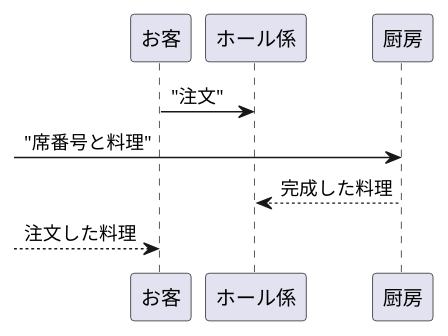
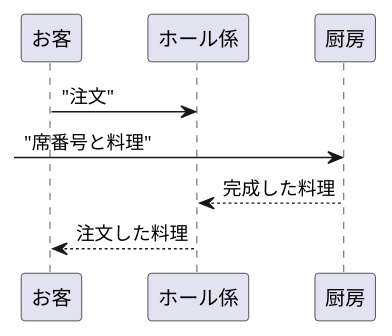
Before and after one commit to Aso2001364/2021sys-design: the diagram in iiiiii.md, drawn with PlantUML.

````diff
--- a/iiiiii.md
+++ b/iiiiii.md
@@ -1,8 +1,8 @@
 ```uml
 @startuml
 "お客" -> "ホール係":"注文"
 ->"厨房":"席番号と料理"
 "厨房" --> "ホール係":完成した料理 
--->"お客" :注文した料理
+"ホール係" -->"お客" :注文した料理
 @enduml
 ```
````
